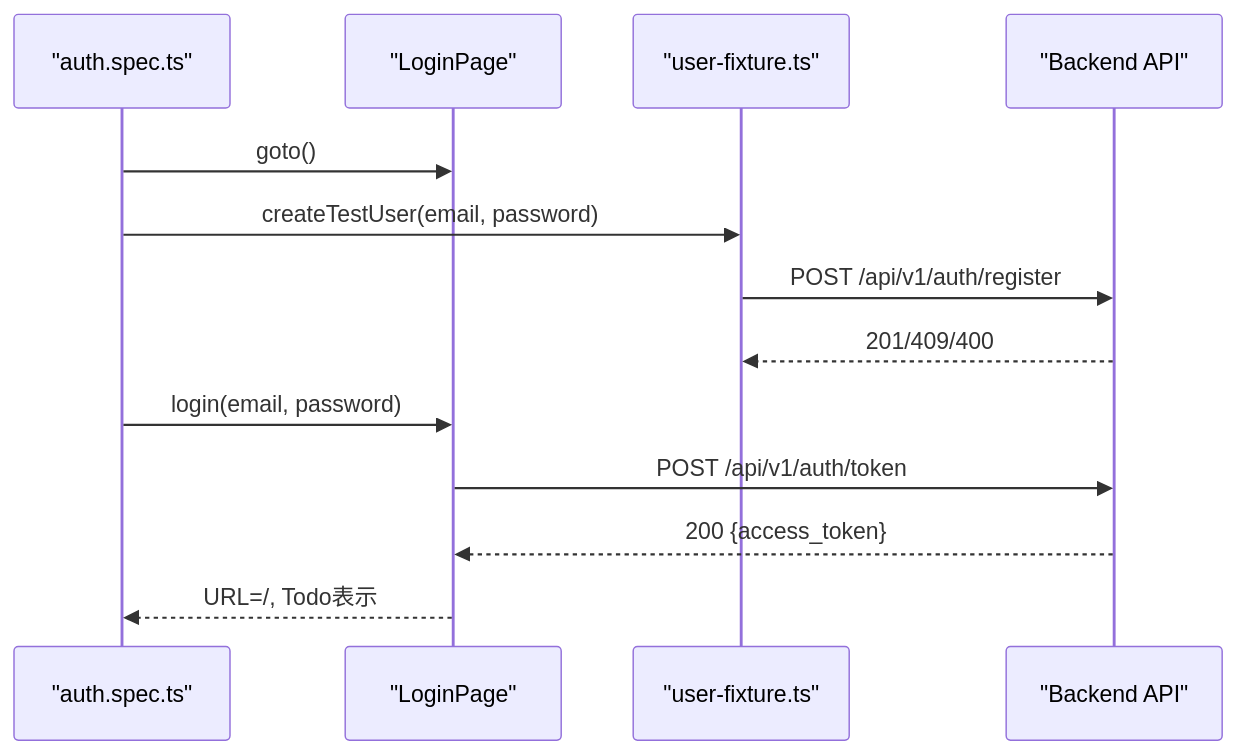
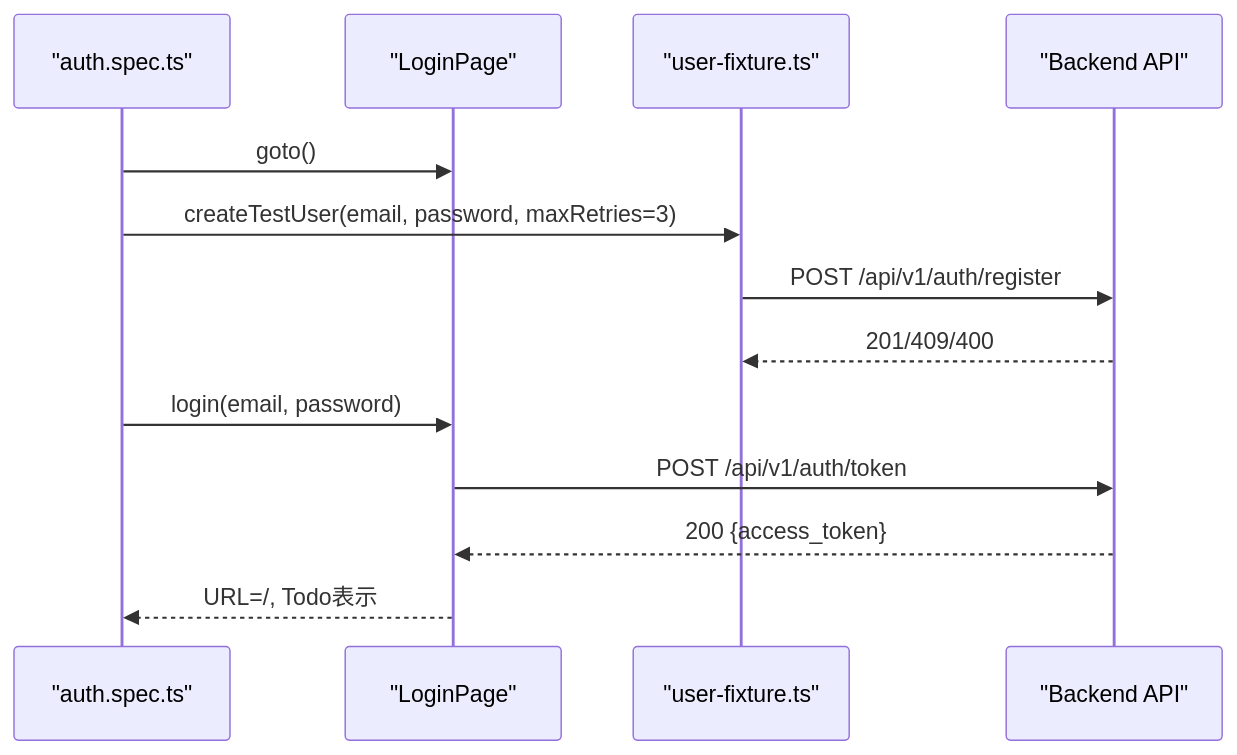
One commit to ss8806/Todos changed the fourth of 5 diagrams in .qoder/repowiki/ja/content/トラブルシューティング/テストの実行と問題解決.md. Above: the diagram before and after it, drawn with Mermaid. The commit also changed other lines of this file and 5 other files, not shown here.

````diff
--- a/.qoder/repowiki/ja/content/トラブルシューティング/テストの実行と問題解決.md
+++ b/.qoder/repowiki/ja/content/トラブルシューティング/テストの実行と問題解決.md
@@ -370,15 +371,15 @@
 ```mermaid
 sequenceDiagram
 participant Test as "auth.spec.ts"
 participant Page as "LoginPage"
 participant Fix as "user-fixture.ts"
 participant API as "Backend API"
 Test->>Page : goto()
-Test->>Fix : createTestUser(email, password)
+Test->>Fix : createTestUser(email, password, maxRetries=3)
 Fix->>API : POST /api/v1/auth/register
 API-->>Fix : 201/409/400
 Test->>Page : login(email, password)
 Page->>API : POST /api/v1/auth/token
 API-->>Page : 200 {access_token}
 Page-->>Test : URL=/, Todo表示
 ```
````
